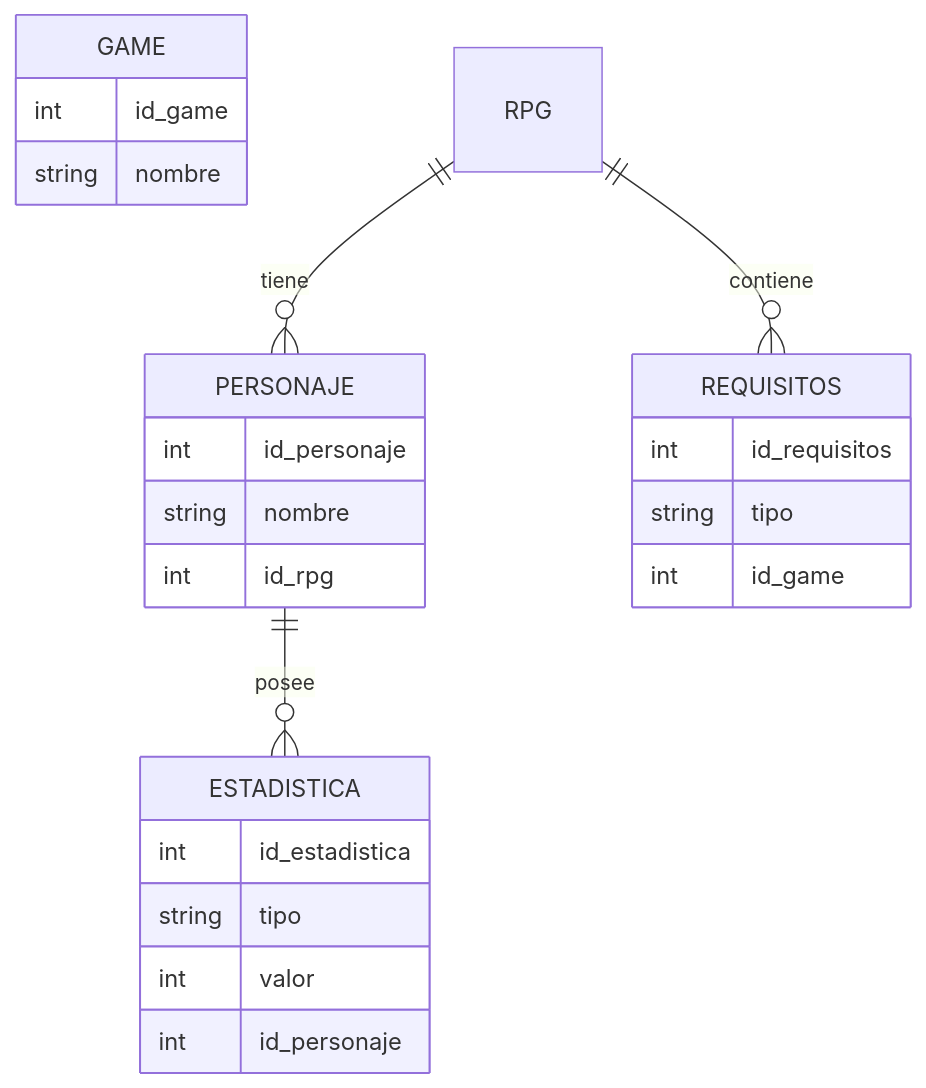
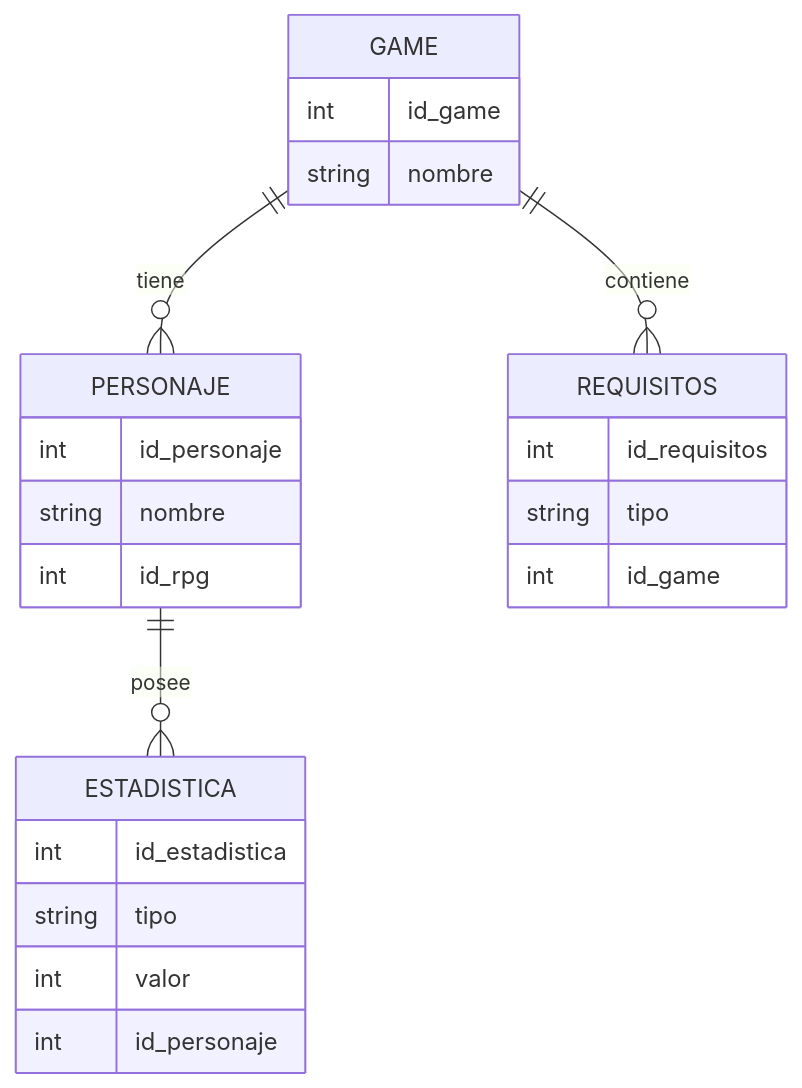
Before and after one commit to dedotes-san/Los-gargamelitos: the diagram in mermaid.md, drawn with Mermaid.

Commit message:
Change RPG to GAME in relationships

````diff
--- a/mermaid.md
+++ b/mermaid.md
@@ -4,32 +4,32 @@
 ```mermaid
 
   erDiagram
 
     GAME {
         int id_game
         string nombre
     }
 
     PERSONAJE {
         int id_personaje
         string nombre
         int id_rpg
     }
 
     ESTADISTICA {
         int id_estadistica
         string tipo
         int valor
         int id_personaje
     }
 
     REQUISITOS {
         int id_requisitos
         string tipo
         int id_game
     }
 
-    RPG ||--o{ PERSONAJE : tiene
-    RPG ||--o{ REQUISITOS : contiene
+    GAME ||--o{ PERSONAJE : tiene
+    GAME ||--o{ REQUISITOS : contiene
     PERSONAJE ||--o{ ESTADISTICA : posee
 ```
````
